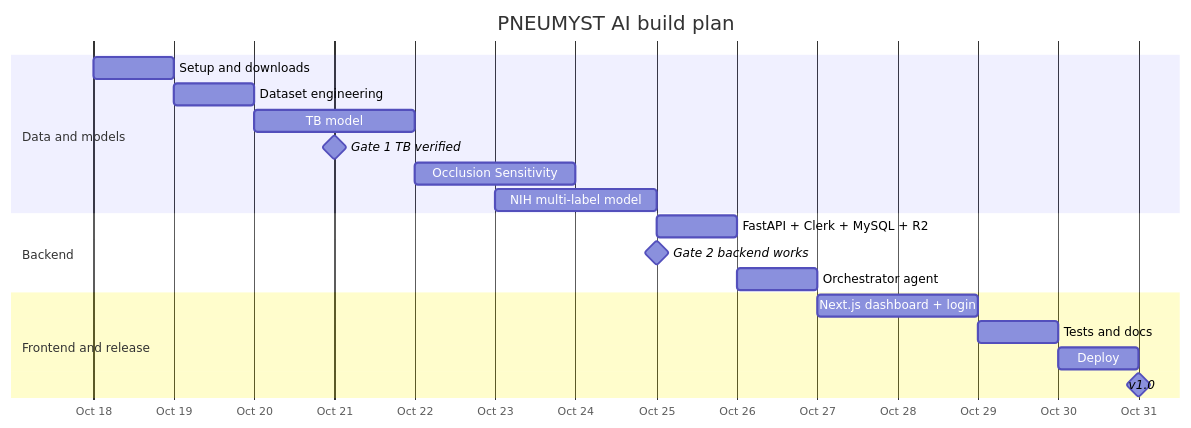
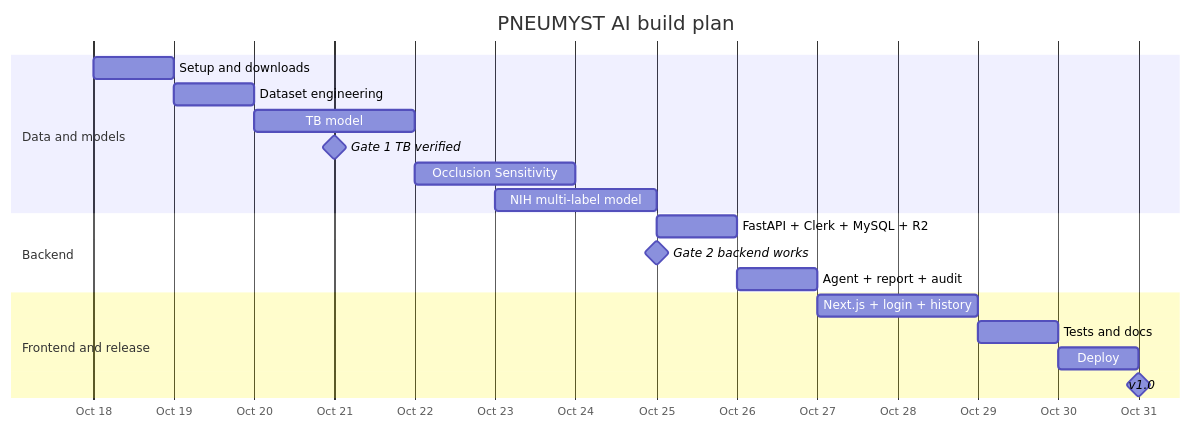
The fifth of 5 diagrams in README.md (Fy1zN/pneumyst-ai), drawn with Mermaid before and after one commit. The commit also changed other lines of this file and 2 other files, not shown here.

````diff
--- a/README.md
+++ b/README.md
@@ -501,22 +542,22 @@
 ```mermaid
 gantt
     title PNEUMYST AI build plan
     dateFormat YYYY-MM-DD
     axisFormat %b %d
     section Data and models
     Setup and downloads          :a1, 2026-10-18, 1d
     Dataset engineering          :a2, 2026-10-19, 1d
     TB model                     :a3, 2026-10-20, 2d
     Gate 1 TB verified           :milestone, 2026-10-21, 0d
     Occlusion Sensitivity        :a4, 2026-10-22, 2d
     NIH multi-label model        :a5, 2026-10-23, 2d
     section Backend
     FastAPI + Clerk + MySQL + R2 :b1, 2026-10-25, 1d
     Gate 2 backend works         :milestone, 2026-10-25, 0d
-    Orchestrator agent           :b2, 2026-10-26, 1d
+    Agent + report + audit       :b2, 2026-10-26, 1d
     section Frontend and release
-    Next.js dashboard + login    :c1, 2026-10-27, 2d
+    Next.js + login + history    :c1, 2026-10-27, 2d
     Tests and docs               :c2, 2026-10-29, 1d
     Deploy                       :c3, 2026-10-30, 1d
     v1.0                         :milestone, 2026-10-31, 0d
 ```
````
